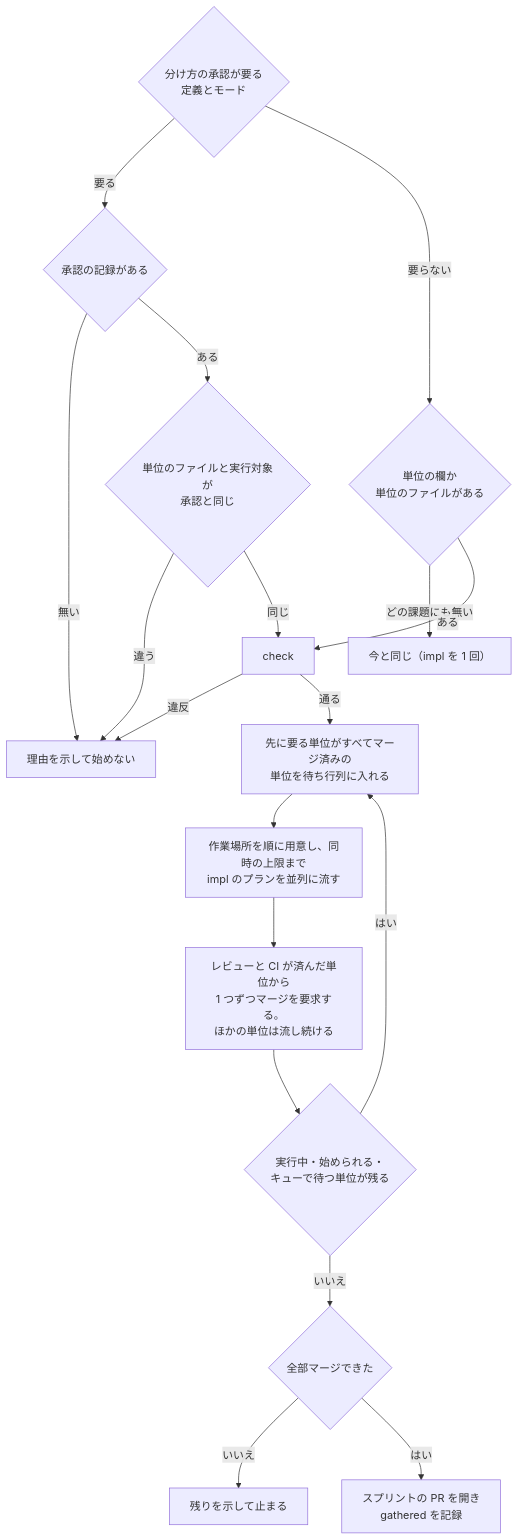
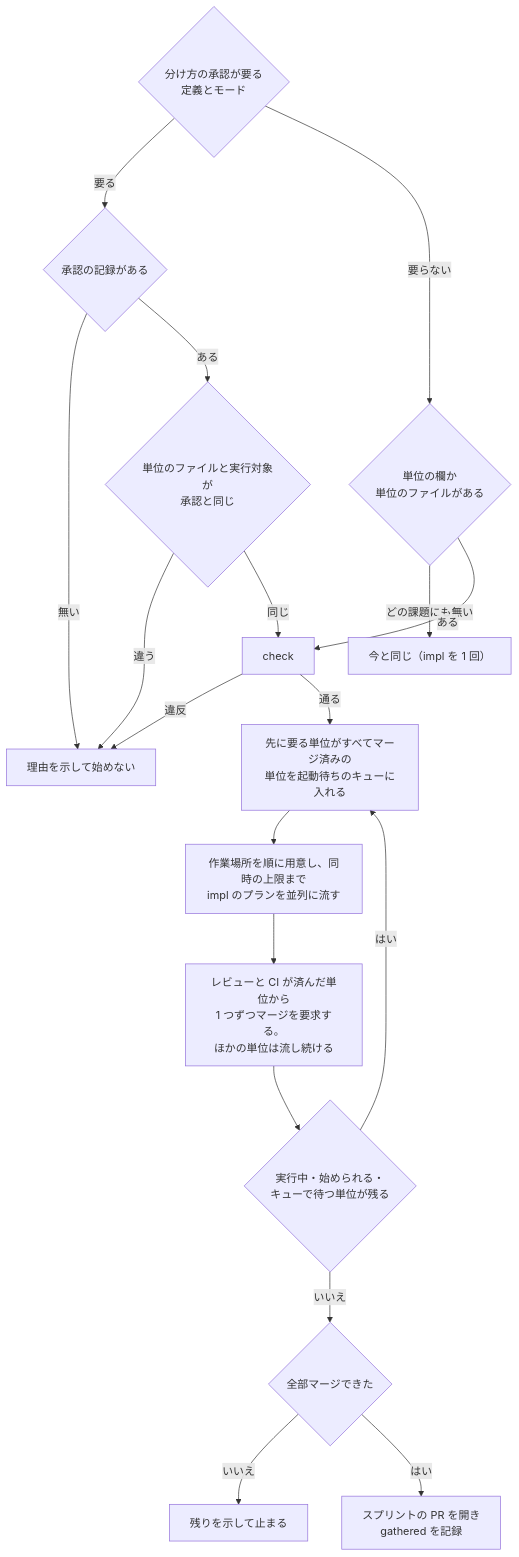
Before and after one commit to devbasex/ai-plugins: the fourth of 4 diagrams in issues/issue-3702-design.md, drawn with Mermaid. The commit also changed other lines of this file and 2 other files, not shown here.

````diff
--- a/issues/issue-3702-design.md
+++ b/issues/issue-3702-design.md
@@ -321,20 +335,20 @@
 ```mermaid
 flowchart TB
   R{"分け方の承認が要る<br/>定義とモード"} -->|要る| H{"承認の記録がある"}
   H -->|無い| X["理由を示して始めない"]
   H -->|ある| B{"単位のファイルと実行対象が<br/>承認と同じ"}
   B -->|違う| X
   B -->|同じ| C["check"]
   R -->|要らない| A{"単位の欄か<br/>単位のファイルがある"}
   A -->|どの課題にも無い| OLD["今と同じ（impl を 1 回）"]
   A -->|ある| C
   C -->|違反| X
-  C -->|通る| G["先に要る単位がすべてマージ済みの<br/>単位を待ち行列に入れる"]
+  C -->|通る| G["先に要る単位がすべてマージ済みの<br/>単位を起動待ちのキューに入れる"]
   G --> W["作業場所を順に用意し、同時の上限まで<br/>impl のプランを並列に流す"]
   W --> M["レビューと CI が済んだ単位から<br/>1 つずつマージを要求する。<br/>ほかの単位は流し続ける"]
   M --> N{"実行中・始められる・<br/>キューで待つ単位が残る"}
   N -->|はい| G
   N -->|いいえ| Q{"全部マージできた"}
   Q -->|いいえ| Y["残りを示して止まる"]
   Q -->|はい| P["スプリントの PR を開き<br/>gathered を記録"]
 ```
````
